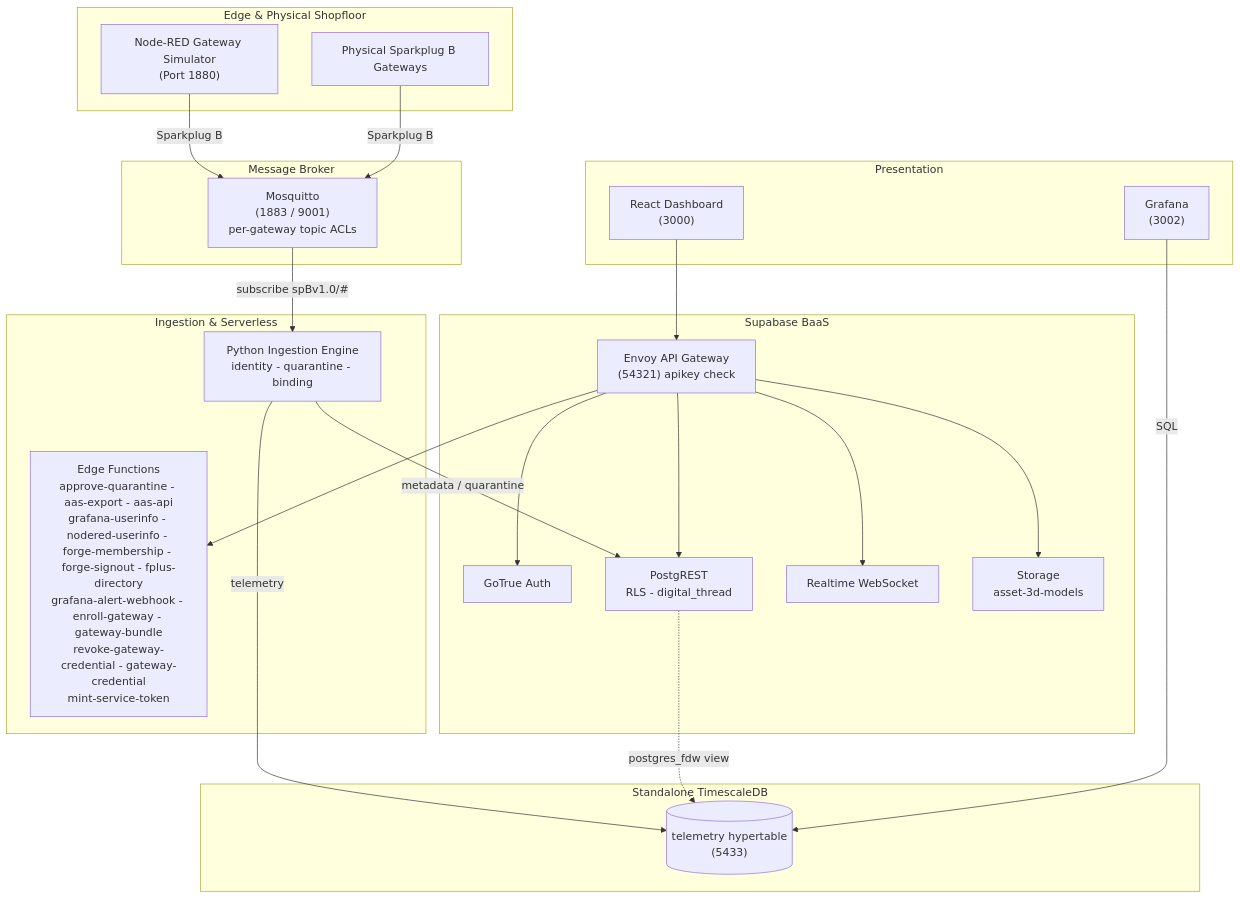
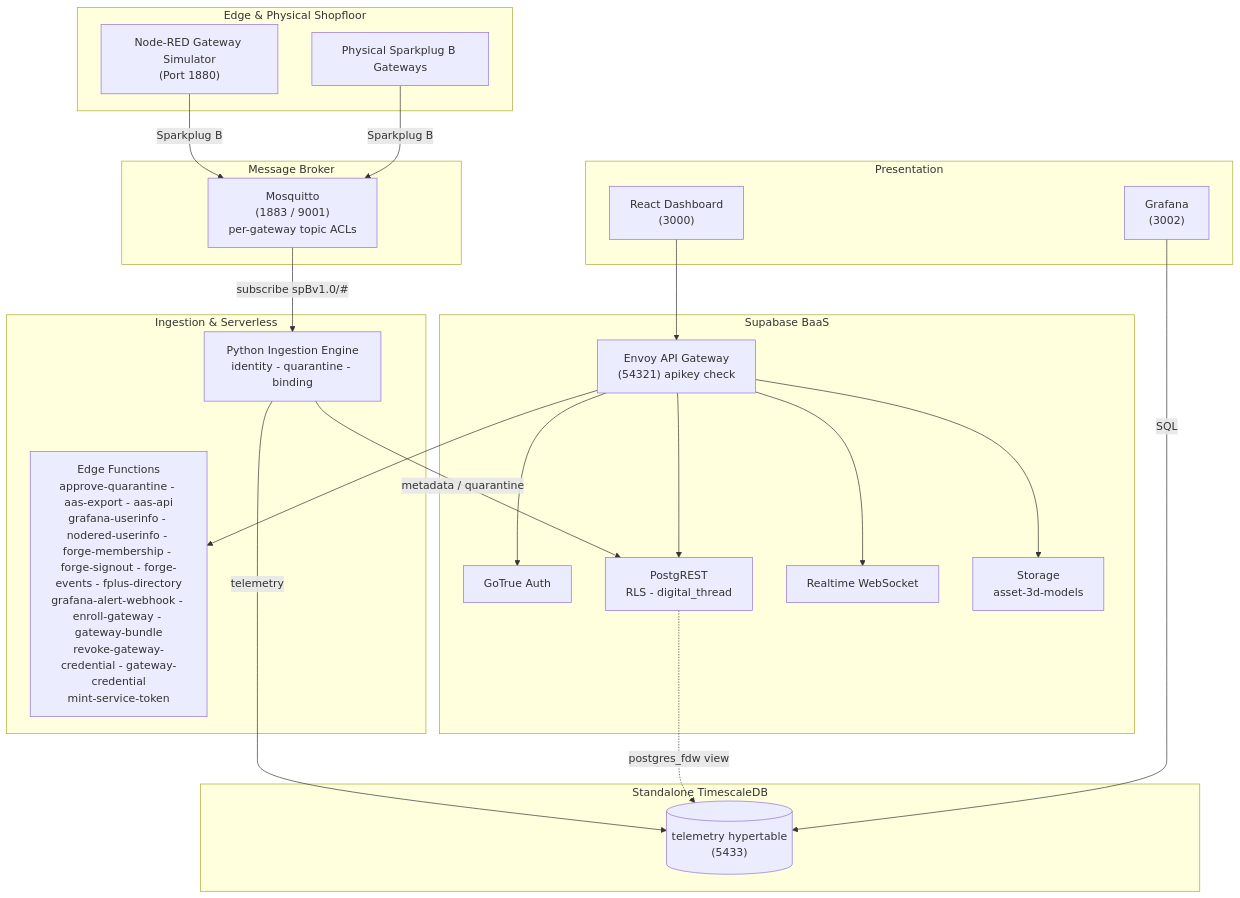
The diagram in README.md (Harri-Llewelyn/Aber), drawn with Mermaid before and after one commit. The commit also changed other lines of this file and 21 other files, not shown here.

````diff
--- a/README.md
+++ b/README.md
@@ -30,47 +30,47 @@
 ```mermaid
 flowchart TB
     subgraph Edge ["Edge & Physical Shopfloor"]
         NR["Node-RED Gateway Simulator<br/>(Port 1880)"]
         DEV["Physical Sparkplug B Gateways"]
     end
 
     subgraph Messaging ["Message Broker"]
         MQTT["Mosquitto<br/>(1883 / 9001)<br/>per-gateway topic ACLs"]
     end
 
     subgraph Processing ["Ingestion & Serverless"]
         ING["Python Ingestion Engine<br/>identity - quarantine - binding"]
-        EF["Edge Functions<br/>approve-quarantine - aas-export - aas-api<br/>grafana-userinfo - nodered-userinfo - forge-membership - forge-signout - fplus-directory<br/>grafana-alert-webhook - enroll-gateway - gateway-bundle<br/>revoke-gateway-credential - gateway-credential<br/>mint-service-token"]
+        EF["Edge Functions<br/>approve-quarantine - aas-export - aas-api<br/>grafana-userinfo - nodered-userinfo - forge-membership - forge-signout - forge-events - fplus-directory<br/>grafana-alert-webhook - enroll-gateway - gateway-bundle<br/>revoke-gateway-credential - gateway-credential<br/>mint-service-token"]
     end
 
     subgraph Supabase ["Supabase BaaS"]
         GW["Envoy API Gateway<br/>(54321) apikey check"]
         AUTH["GoTrue Auth"]
         PGRST["PostgREST<br/>RLS - digital_thread"]
         RT["Realtime WebSocket"]
         STO["Storage<br/>asset-3d-models"]
     end
 
     subgraph TSDB ["Standalone TimescaleDB"]
         TS[("telemetry hypertable<br/>(5433)")]
     end
 
     subgraph UX ["Presentation"]
         UI["React Dashboard<br/>(3000)"]
         GRAF["Grafana<br/>(3002)"]
     end
 
     NR -->|Sparkplug B| MQTT
     DEV -->|Sparkplug B| MQTT
     MQTT -->|subscribe spBv1.0/#| ING
     ING -->|metadata / quarantine| PGRST
     ING -->|telemetry| TS
     UI --> GW
     GW --> AUTH
     GW --> PGRST
     GW --> RT
     GW --> STO
     GW --> EF
     PGRST -.->|postgres_fdw view| TS
     GRAF -->|SQL| TS
 ```
````
